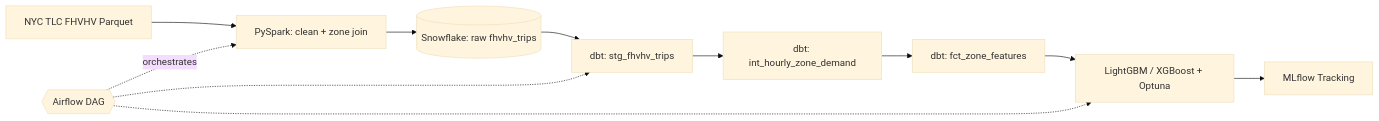
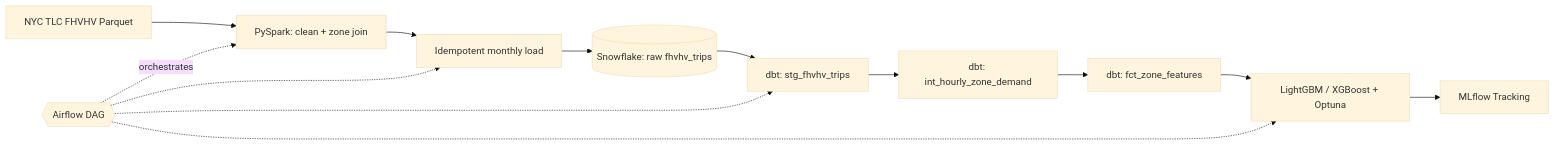
The diagram in README.md (sejalnimkar/NYC-Taxi-Dynamic-Surge-Predictor), drawn with Mermaid (base theme) before and after one commit. The commit also changed other lines of this file, not shown here.

````diff
--- a/README.md
+++ b/README.md
@@ -25,13 +39,15 @@
 ```mermaid
 flowchart LR
     A[NYC TLC FHVHV Parquet] --> B[PySpark: clean + zone join]
-    B --> C[(Snowflake: raw fhvhv_trips)]
+    B --> L[Idempotent monthly load]
+    L --> C[(Snowflake: raw fhvhv_trips)]
     C --> D[dbt: stg_fhvhv_trips]
     D --> E[dbt: int_hourly_zone_demand]
     E --> F[dbt: fct_zone_features]
     F --> G[LightGBM / XGBoost + Optuna]
     G --> H[MLflow Tracking]
     I{{Airflow DAG}} -.orchestrates.-> B
+    I -.-> L
     I -.-> D
     I -.-> G
 ```
````
